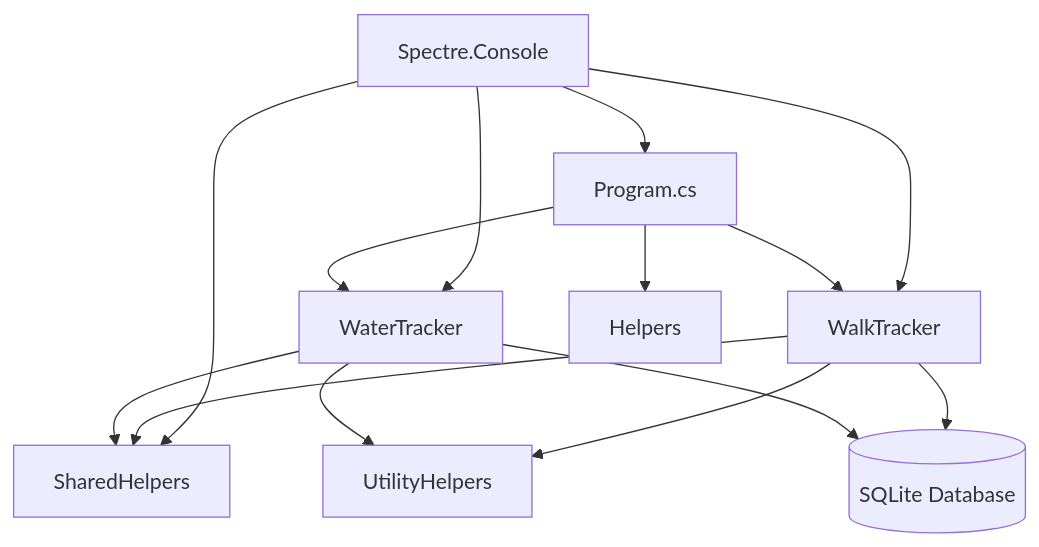
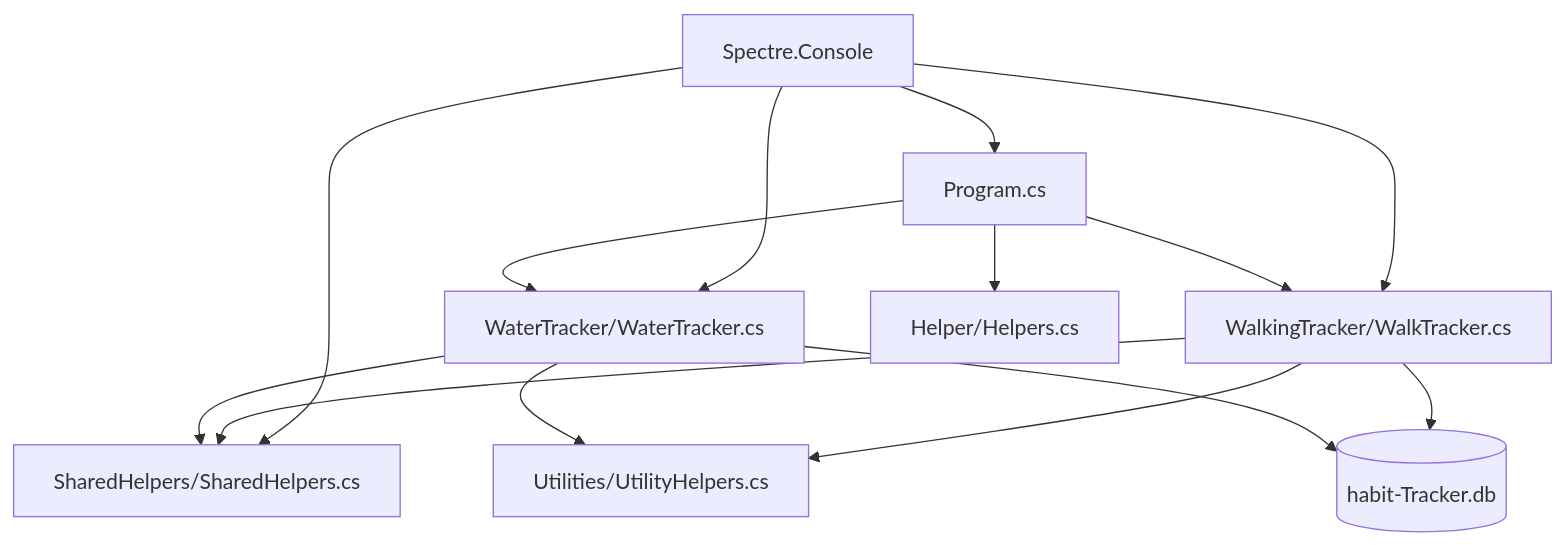
Before and after one commit to JonesKwameOsei/HabitLogger.JonesKwameOsei: the diagram in README.md, drawn with Mermaid. The commit also changed other lines of this file and 16 other files, not shown here.

````diff
--- a/README.md
+++ b/README.md
@@ -122,19 +143,19 @@
 ```mermaid
 graph TD
-    A[Program.cs] --> B[WaterTracker]
-    A --> C[WalkTracker]
-    A --> D[Helpers]
+    A[Program.cs] --> B[WaterTracker/WaterTracker.cs]
+    A --> C[WalkingTracker/WalkTracker.cs]
+    A --> D[Helper/Helpers.cs]
 
-    B --> E[SharedHelpers]
+    B --> E[SharedHelpers/SharedHelpers.cs]
     C --> E
-    B --> F[UtilityHelpers]
+    B --> F[Utilities/UtilityHelpers.cs]
     C --> F
 
-    B --> G[(SQLite Database)]
+    B --> G[(habit-Tracker.db)]
     C --> G
 
     H[Spectre.Console] --> A
     H --> B
     H --> C
     H --> E
 ```
````
